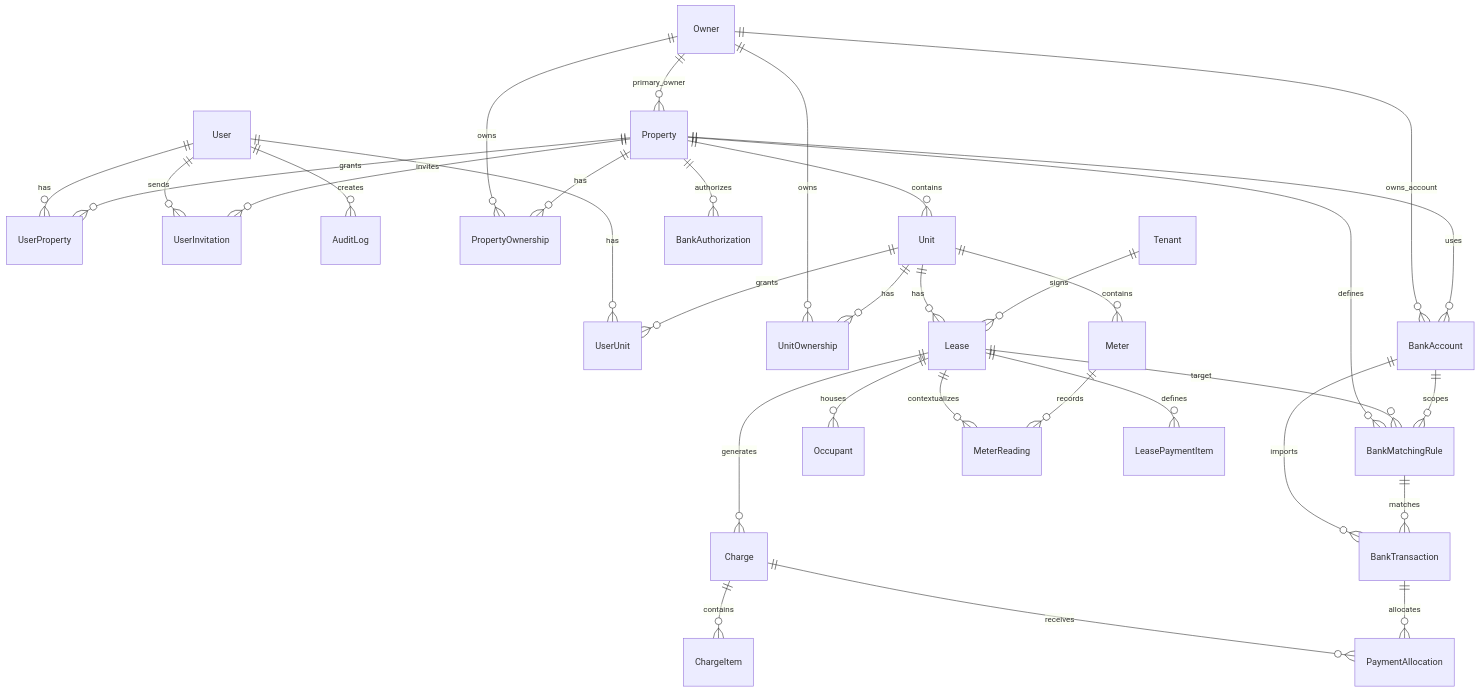
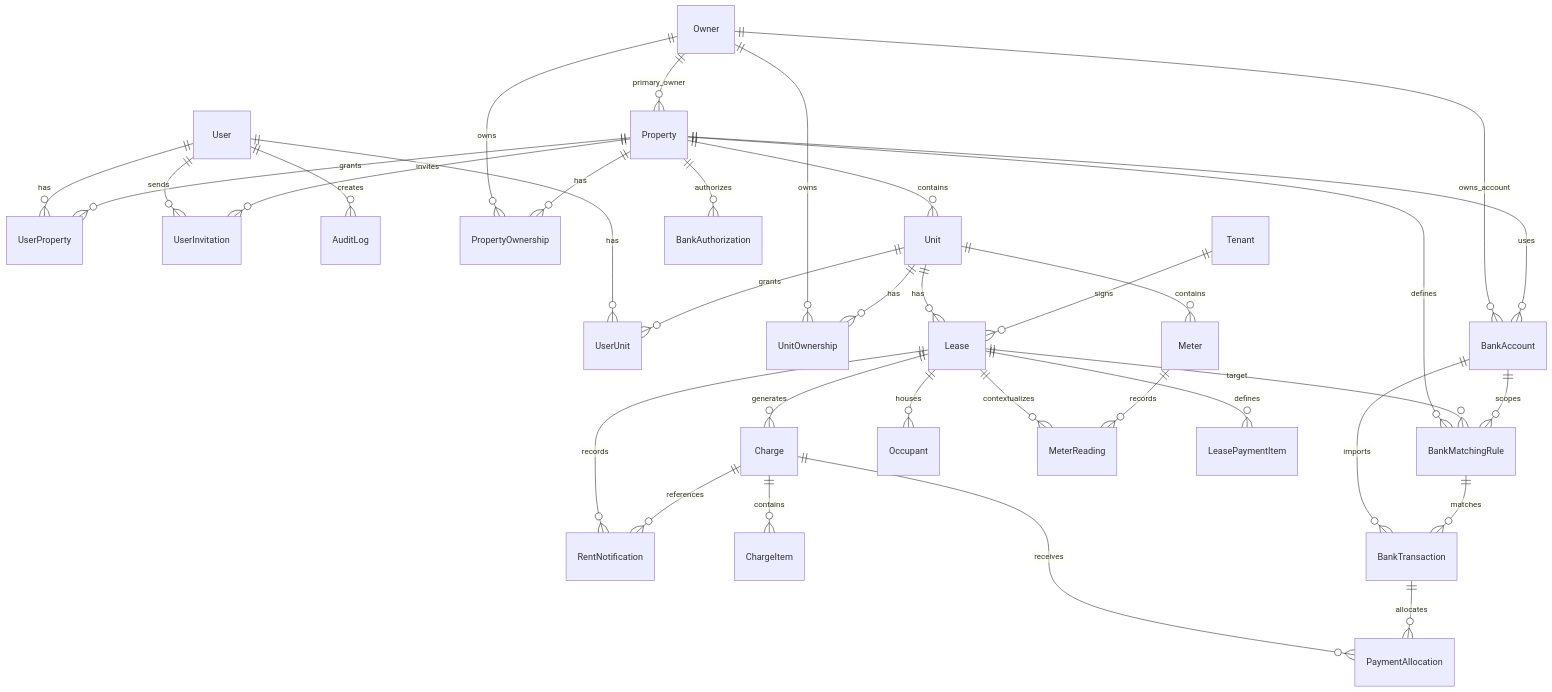
Before and after one commit to osoha/flatcloud: the diagram in ARCHITECTURE.md, drawn with Mermaid. The commit also changed other lines of this file and 13 other files, not shown here.

````diff
--- a/ARCHITECTURE.md
+++ b/ARCHITECTURE.md
@@ -450,41 +469,43 @@
 ```mermaid
 erDiagram
     User ||--o{ UserProperty : has
     User ||--o{ UserUnit : has
     User ||--o{ UserInvitation : sends
     User ||--o{ AuditLog : creates
 
     Owner ||--o{ Property : primary_owner
     Owner ||--o{ PropertyOwnership : owns
     Owner ||--o{ UnitOwnership : owns
     Owner ||--o{ BankAccount : owns_account
 
     Property ||--o{ PropertyOwnership : has
     Property ||--o{ Unit : contains
     Property ||--o{ UserProperty : grants
     Property ||--o{ UserInvitation : invites
     Property ||--o{ BankAuthorization : authorizes
     Property ||--o{ BankAccount : uses
     Property ||--o{ BankMatchingRule : defines
 
     Unit ||--o{ UnitOwnership : has
     Unit ||--o{ UserUnit : grants
     Unit ||--o{ Lease : has
+    Lease ||--o{ RentNotification : records
+    Charge ||--o{ RentNotification : references
     Unit ||--o{ Meter : contains
 
     Tenant ||--o{ Lease : signs
     Lease ||--o{ Occupant : houses
     Lease ||--o{ MeterReading : contextualizes
     Lease ||--o{ LeasePaymentItem : defines
     Meter ||--o{ MeterReading : records
     Lease ||--o{ Charge : generates
     Lease ||--o{ BankMatchingRule : target
 
     Charge ||--o{ ChargeItem : contains
     Charge ||--o{ PaymentAllocation : receives
 
     BankAccount ||--o{ BankTransaction : imports
     BankAccount ||--o{ BankMatchingRule : scopes
     BankMatchingRule ||--o{ BankTransaction : matches
     BankTransaction ||--o{ PaymentAllocation : allocates
 ```
````
